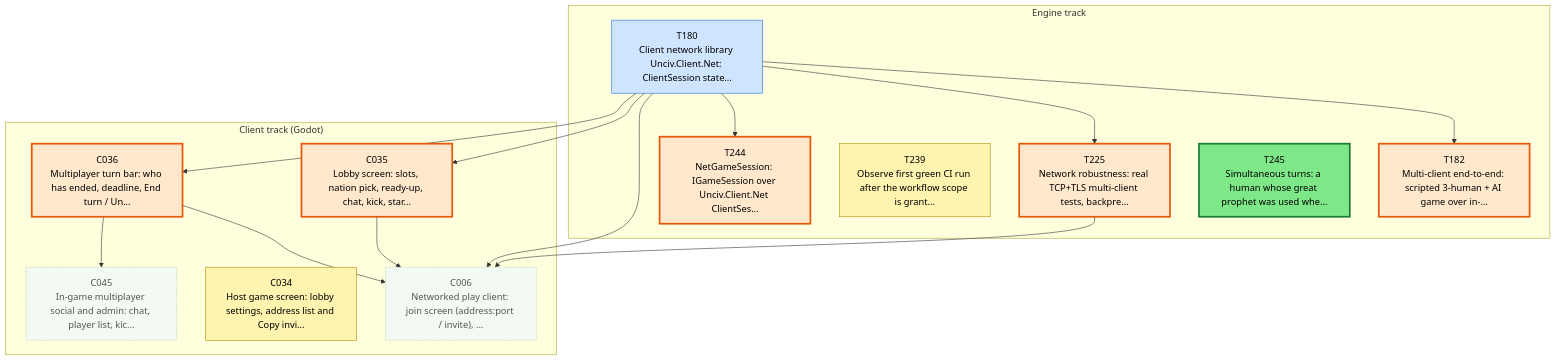
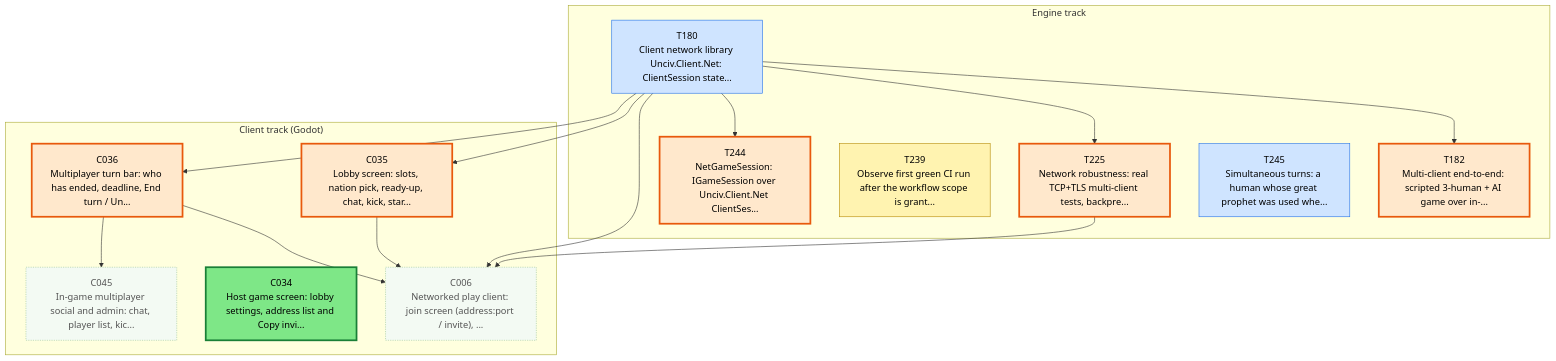
The first of 3 diagrams in csharp/migration/DEPENDENCY_MAP.md (Kenmura/Unciv), drawn with Mermaid before and after one commit. The commit also changed other lines of this file and 4 other files, not shown here.

````diff
--- a/csharp/migration/DEPENDENCY_MAP.md
+++ b/csharp/migration/DEPENDENCY_MAP.md
@@ -24,46 +24,46 @@
 ```mermaid
 flowchart TD
   subgraph TTRACK["Engine track"]
     T180["T180<br/>Client network library Unciv.Client.Net: ClientSession state..."]
     T182["T182<br/>Multi-client end-to-end: scripted 3-human + AI game over in-..."]
     T225["T225<br/>Network robustness: real TCP+TLS multi-client tests, backpre..."]
     T239["T239<br/>Observe first green CI run after the workflow scope is grant..."]
     T244["T244<br/>NetGameSession: IGameSession over Unciv.Client.Net ClientSes..."]
     T245["T245<br/>Simultaneous turns: a human whose great prophet was used whe..."]
   end
   subgraph CTRACK["Client track (Godot)"]
     C006["C006<br/>Networked play client: join screen (address:port / invite), ..."]
     C034["C034<br/>Host game screen: lobby settings, address list and Copy invi..."]
     C035["C035<br/>Lobby screen: slots, nation pick, ready-up, chat, kick, star..."]
     C036["C036<br/>Multiplayer turn bar: who has ended, deadline, End turn / Un..."]
     C045["C045<br/>In-game multiplayer social and admin: chat, player list, kic..."]
   end
   T180 --> T182
   T180 --> T225
   T180 --> T244
   T180 --> C006
   C035 --> C006
   C036 --> C006
   T225 --> C006
   T180 --> C035
   T180 --> C036
   C036 --> C045
   classDef waiting fill:#f3faf3,stroke:#9bc49b,color:#555,stroke-dasharray:2 2
   classDef ondeck fill:#ffe8cc,stroke:#e8590c,stroke-width:3px,color:#000
   classDef ready fill:#7ee787,stroke:#1a7f37,stroke-width:3px,color:#000
   classDef prog fill:#fff3b0,stroke:#b58900,color:#000
   classDef review fill:#cfe4ff,stroke:#1f6feb,color:#000
   classDef blocked fill:#ffd6d6,stroke:#c62828,color:#000
   classDef done fill:#eeeeee,stroke:#999999,color:#666,stroke-dasharray:4 3
   class C006 waiting
-  class C034 prog
+  class C034 ready
   class C035 ondeck
   class C036 ondeck
   class C045 waiting
   class T180 review
   class T182 ondeck
   class T225 ondeck
   class T239 prog
   class T244 ondeck
-  class T245 ready
+  class T245 review
 ```
````
